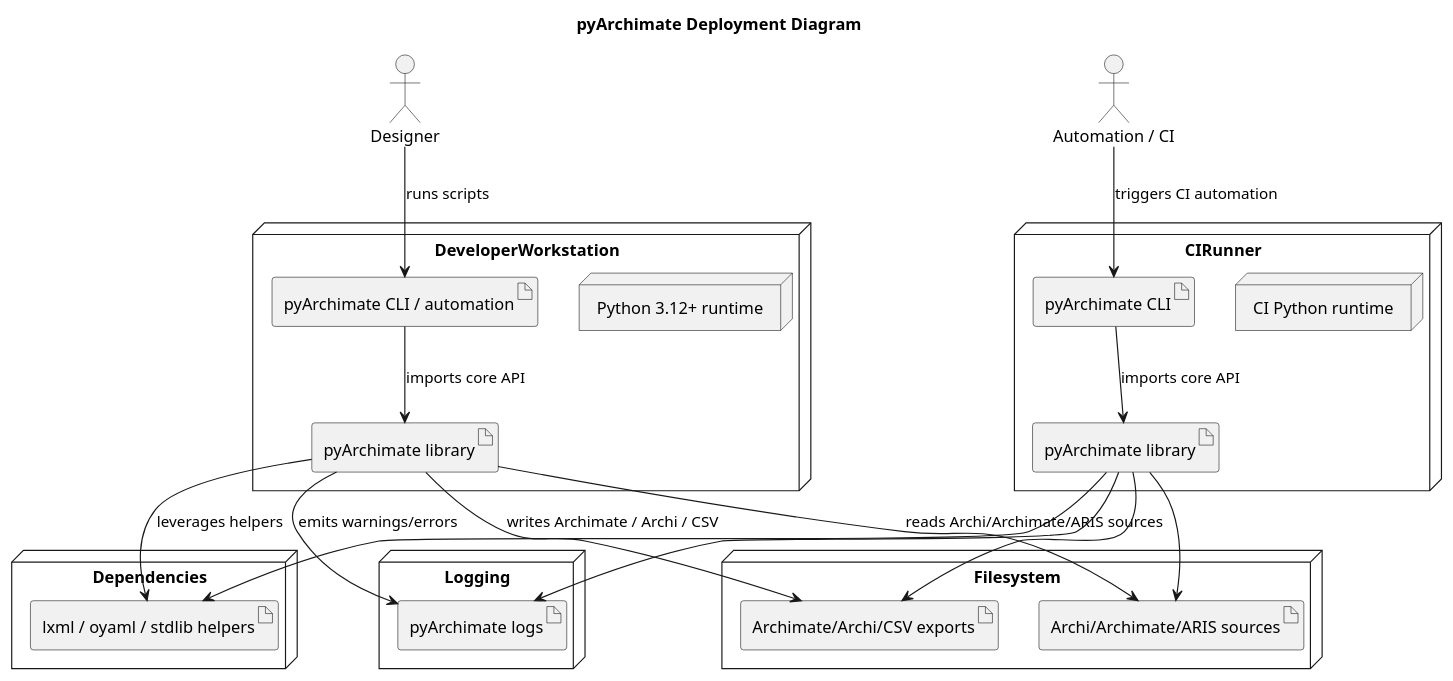
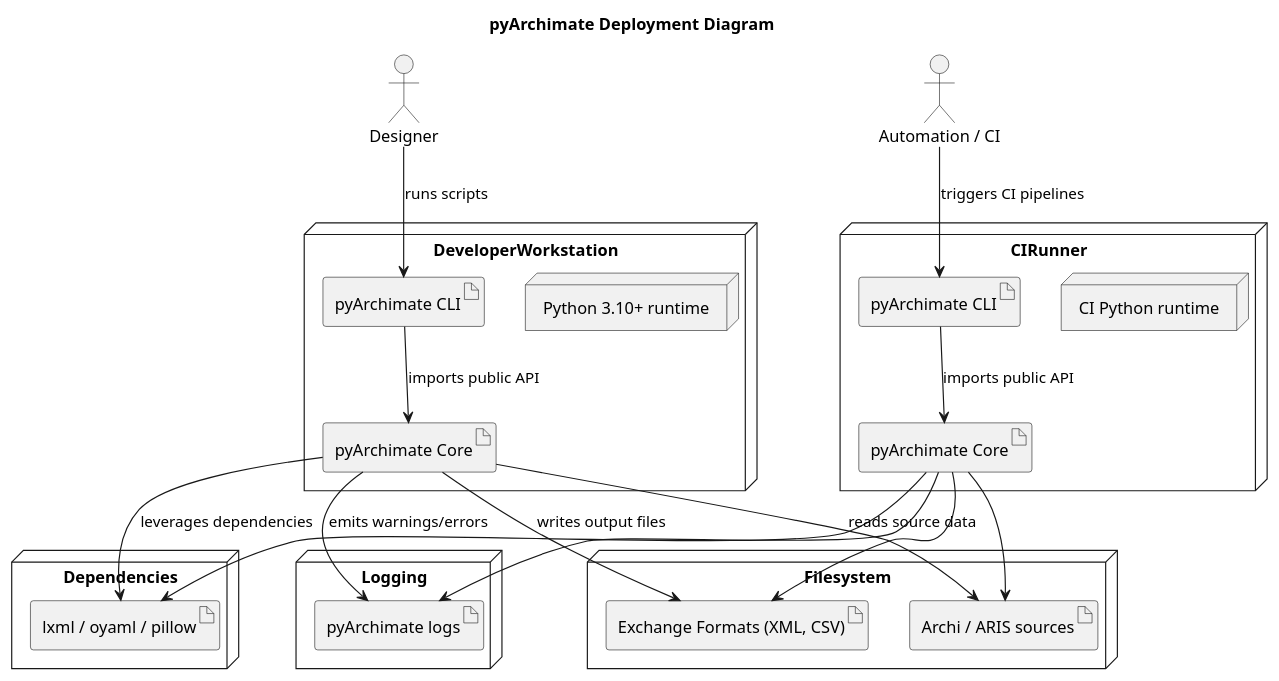
One commit to pyArchimate/pyArchimate changed the diagram in docs/diagrams/deployment.puml. Above: the diagram before and after it, drawn with PlantUML. The commit also changed 38 other files, not shown here.

First line of the commit message:
chore: add behave stubs, fix pre-push script, and update docs/diagrams

```diff
--- a/docs/diagrams/deployment.puml
+++ b/docs/diagrams/deployment.puml
@@ -1,39 +1,39 @@
 @startuml
 title pyArchimate Deployment Diagram
 
 node DeveloperWorkstation {
-  node "Python 3.12+ runtime" as PythonRuntime
-  artifact "pyArchimate CLI / automation" as CLI
-  artifact "pyArchimate library" as Library
+  node "Python 3.10+ runtime" as PythonRuntime
+  artifact "pyArchimate CLI" as CLI
+  artifact "pyArchimate Core" as Library
 }
 node CIRunner {
   node "CI Python runtime" as PyCI
   artifact "pyArchimate CLI" as CLI_CI
-  artifact "pyArchimate library" as Library_CI
+  artifact "pyArchimate Core" as Library_CI
 }
 node Filesystem {
-  artifact "Archi/Archimate/ARIS sources" as Sources
-  artifact "Archimate/Archi/CSV exports" as Exports
+  artifact "Archi / ARIS sources" as Sources
+  artifact "Exchange Formats (XML, CSV)" as Exports
 }
 node Logging {
   artifact "pyArchimate logs" as Logs
 }
 node Dependencies {
-  artifact "lxml / oyaml / stdlib helpers" as Deps
+  artifact "lxml / oyaml / pillow" as Deps
 }
 actor "Designer" as Designer
 actor "Automation / CI" as Automation
 
 Designer --> CLI : runs scripts
-Automation --> CLI_CI : triggers CI automation
-CLI --> Library : imports core API
-CLI_CI --> Library_CI : imports core API
-Library --> Deps : leverages helpers
+Automation --> CLI_CI : triggers CI pipelines
+CLI --> Library : imports public API
+CLI_CI --> Library_CI : imports public API
+Library --> Deps : leverages dependencies
 Library_CI --> Deps
-Library --> Sources : reads Archi/Archimate/ARIS sources
+Library --> Sources : reads source data
 Library_CI --> Sources
 Library --> Logs : emits warnings/errors
 Library_CI --> Logs
-Library --> Exports : writes Archimate / Archi / CSV
+Library --> Exports : writes output files
 Library_CI --> Exports
 @enduml
```
